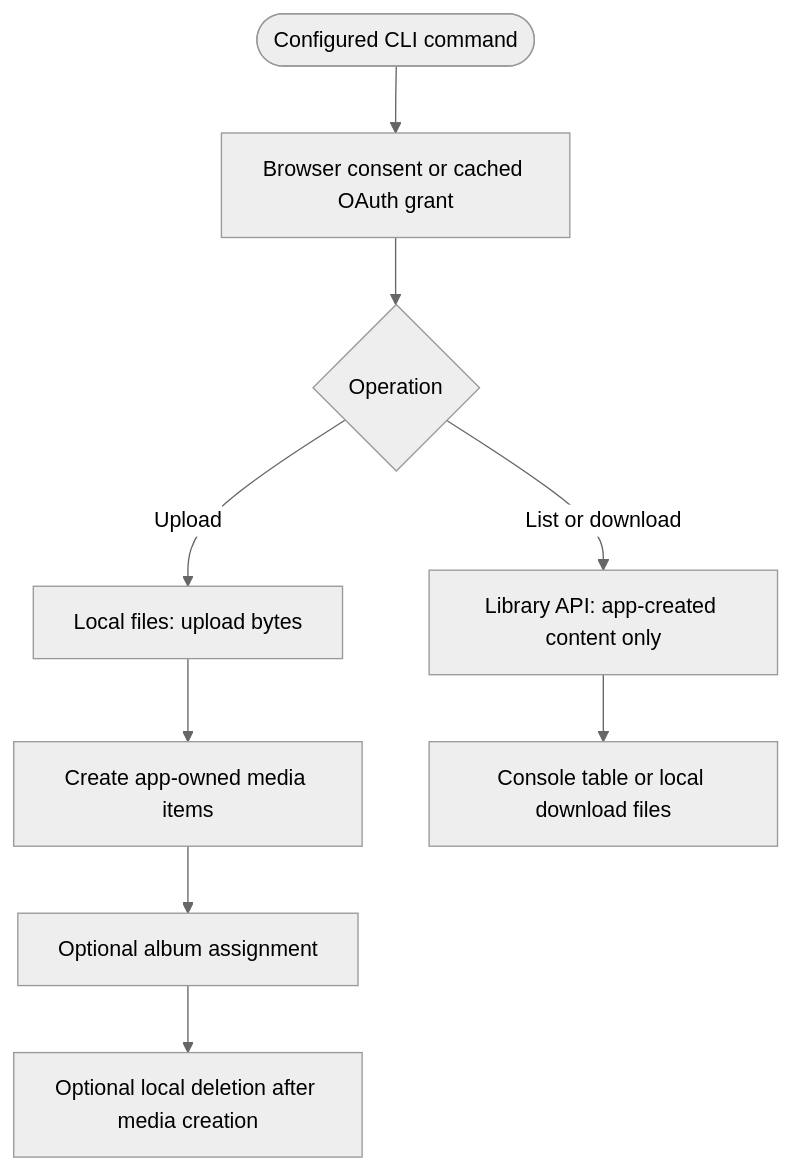
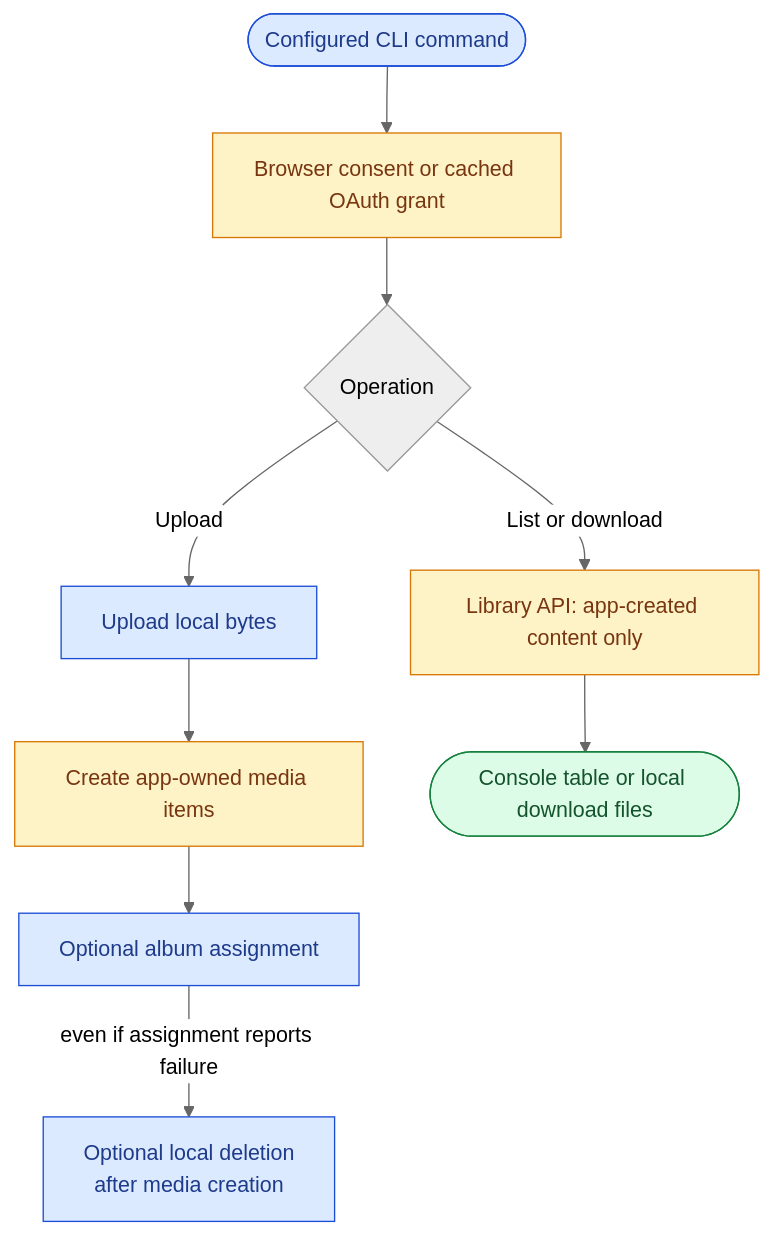
One commit to f2calv/CasCap.GooglePhotosCli changed the diagram in README.md. Above: the diagram before and after it, drawn with Mermaid (neutral theme). The commit also changed other lines of this file and 2 other files, not shown here.

Commit message:
fix: update Google Photos CLI dependency and usage guidance
- Consume the verified Google Photos 4.0.8 package
- Correct published options-source links and document direct dependencies
- Refresh transfer warnings and credential-free Release commands

+semver: patch

````diff
--- a/README.md
+++ b/README.md
@@ -180,11 +184,17 @@
 ```mermaid
 flowchart TD
-    A(["Configured CLI command"]) --> B["Browser consent or cached OAuth grant"]
-    B --> C{"Operation"}
-    C -->|Upload| D["Local files: upload bytes"]
-    D --> E["Create app-owned media items"]
-    E --> F["Optional album assignment"]
-    F --> G["Optional local deletion after media creation"]
-    C -->|List or download| H["Library API: app-created content only"]
-    H --> I["Console table or local download files"]
+  command([Configured CLI command]) --> oauth[Browser consent or cached OAuth grant]
+  oauth --> operation{Operation}
+  operation -->|Upload| upload[Upload local bytes]
+  upload --> create[Create app-owned media items]
+  create --> assignment[Optional album assignment]
+  assignment -->|even if assignment reports failure| deletion["Optional local deletion<br/>after media creation"]
+  operation -->|List or download| library["Library API: app-created content only"]
+  library --> output([Console table or local download files])
+  classDef owned fill:#dbeafe,stroke:#1d4ed8,color:#1e3a8a
+  classDef external fill:#fef3c7,stroke:#d97706,color:#78350f
+  classDef terminal fill:#dcfce7,stroke:#15803d,color:#14532d
+  class command,upload,assignment,deletion owned
+  class oauth,create,library external
+  class output terminal
 ```
````
